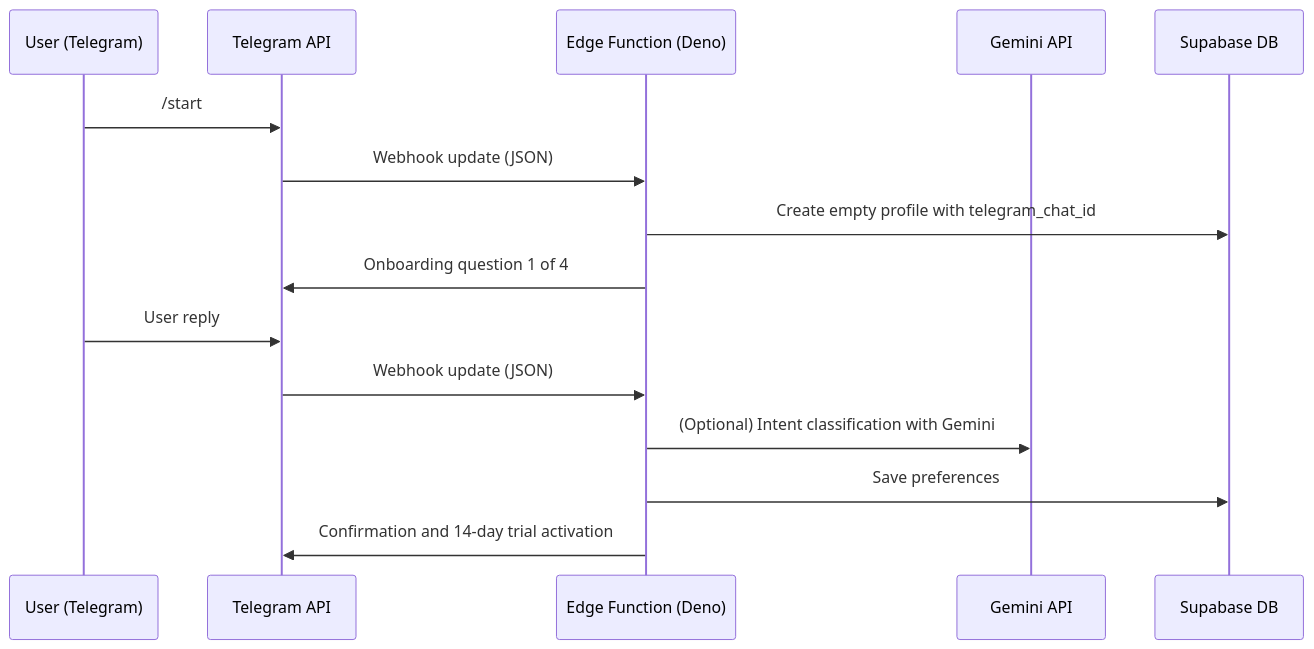
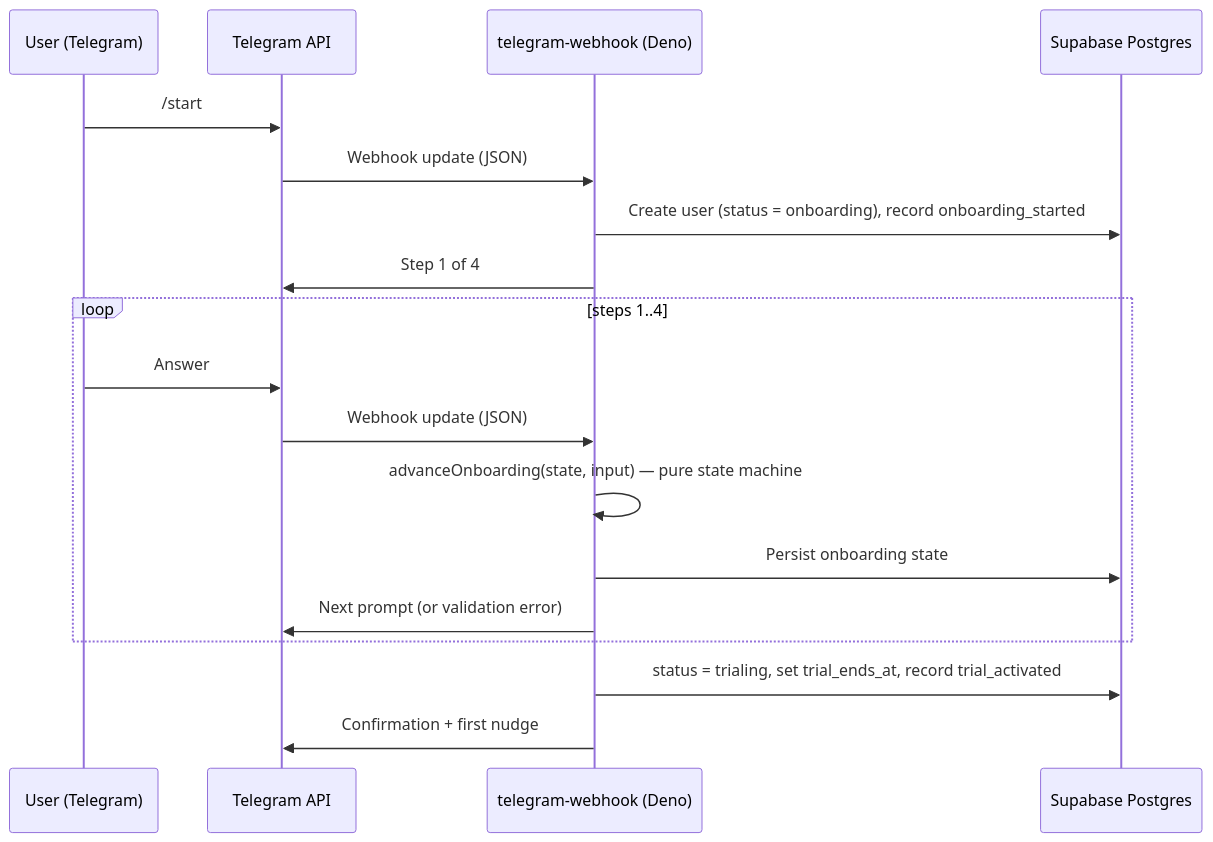
Before and after one commit to heartmade-studio/messenger-native-saas: the diagram in ARCHITECTURE.md, drawn with Mermaid. The commit also changed other lines of this file and 13 other files, not shown here.

````diff
--- a/ARCHITECTURE.md
+++ b/ARCHITECTURE.md
@@ -20,18 +22,21 @@
 ```mermaid
 sequenceDiagram
   participant U as User (Telegram)
   participant T as Telegram API
-  participant EF as Edge Function (Deno)
-  participant AI as Gemini API
-  participant DB as Supabase DB
+  participant EF as telegram-webhook (Deno)
+  participant DB as Supabase Postgres
 
   U->>T: /start
   T->>EF: Webhook update (JSON)
-  EF->>DB: Create empty profile with telegram_chat_id
-  EF->>T: Onboarding question 1 of 4
-  U->>T: User reply
-  T->>EF: Webhook update (JSON)
-  EF->>AI: (Optional) Intent classification with Gemini
-  EF->>DB: Save preferences
-  EF->>T: Confirmation and 14-day trial activation
+  EF->>DB: Create user (status = onboarding), record onboarding_started
+  EF->>T: Step 1 of 4
+  loop steps 1..4
+    U->>T: Answer
+    T->>EF: Webhook update (JSON)
+    EF->>EF: advanceOnboarding(state, input)  — pure state machine
+    EF->>DB: Persist onboarding state
+    EF->>T: Next prompt (or validation error)
+  end
+  EF->>DB: status = trialing, set trial_ends_at, record trial_activated
+  EF->>T: Confirmation + first nudge
 ```
````
